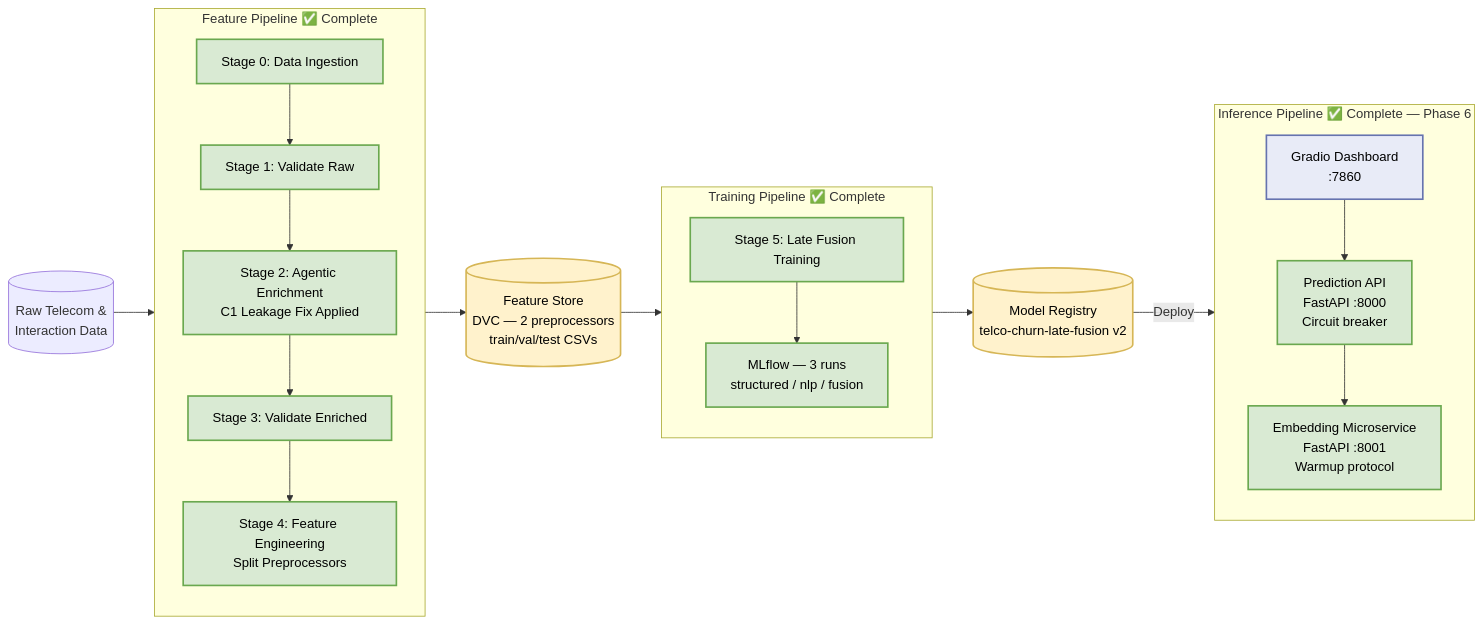
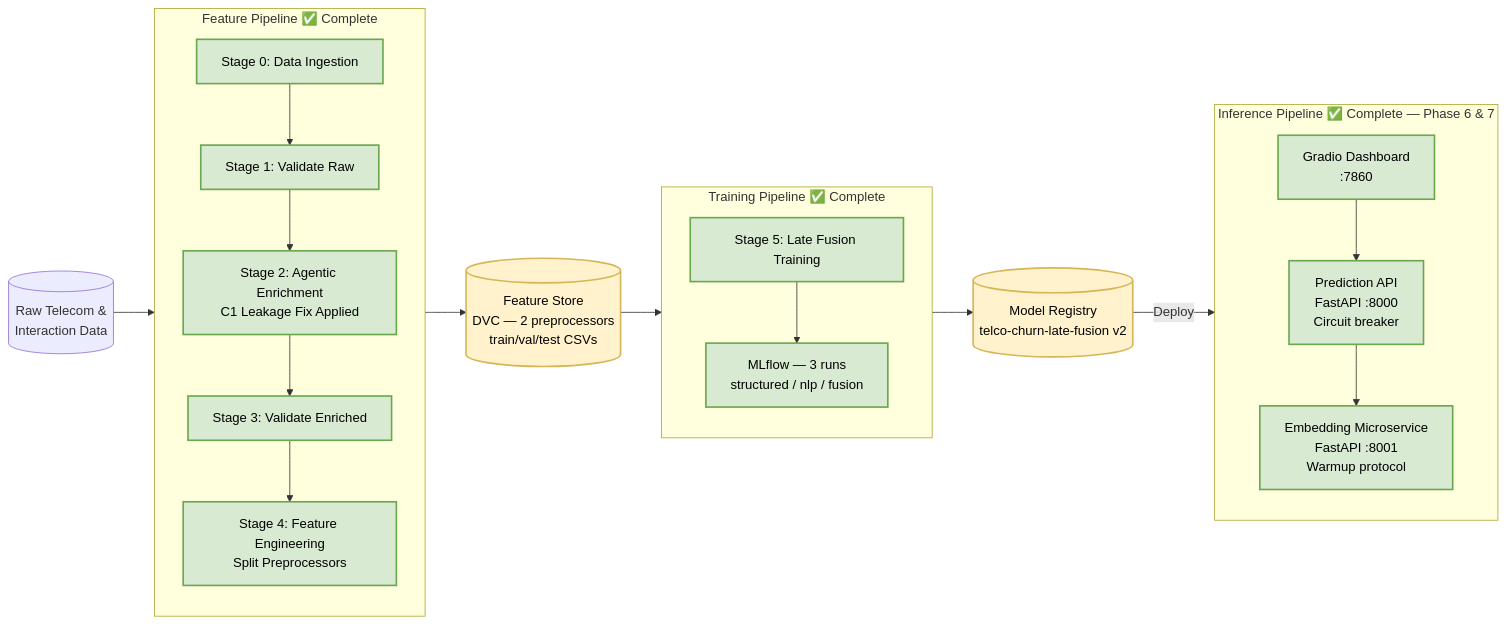
The second of 2 diagrams in reports/docs/architecture/architecture.md (SebastianGarrido2790/ai-ml-telecom-customer-churn), drawn with Mermaid before and after one commit. The commit also changed other lines of this file, not shown here.

Commit message:
docs: update architecture report detailing Gradio UI implementation

````diff
--- a/reports/docs/architecture/architecture.md
+++ b/reports/docs/architecture/architecture.md
@@ -126,43 +126,43 @@
 ```mermaid
 flowchart LR
     classDef done fill:#d9ead3,stroke:#6aa84f,stroke-width:2px,color:#000;
     classDef planned fill:#e8ebf7,stroke:#6673af,stroke-width:2px,color:#000;
     classDef registry fill:#fff2cc,stroke:#d6b656,stroke-width:2px,color:#000;
 
     RawData[(Raw Telecom &\nInteraction Data)]
 
     subgraph FP ["Feature Pipeline ✅ Complete"]
         direction TB
         S0[Stage 0: Data Ingestion]:::done
         S1[Stage 1: Validate Raw]:::done
         S2[Stage 2: Agentic Enrichment\nC1 Leakage Fix Applied]:::done
         S3[Stage 3: Validate Enriched]:::done
         S4[Stage 4: Feature Engineering\nSplit Preprocessors]:::done
         S0 --> S1 --> S2 --> S3 --> S4
     end
 
     FeatureStore[(Feature Store\nDVC — 2 preprocessors\ntrain/val/test CSVs)]:::registry
 
     subgraph TP ["Training Pipeline ✅ Complete"]
         direction TB
         S5[Stage 5: Late Fusion Training]:::done
         MLflowTracker[MLflow — 3 runs\nstructured / nlp / fusion]:::done
         S5 --> MLflowTracker
     end
 
     ModelRegistry[(Model Registry\ntelco-churn-late-fusion v2)]:::registry
 
-    subgraph IP ["Inference Pipeline ✅ Complete — Phase 6"]
+    subgraph IP ["Inference Pipeline ✅ Complete — Phase 6 & 7"]
         direction TB
         EmbedSvc[Embedding Microservice\nFastAPI :8001\nWarmup protocol]:::done
         PredAPI[Prediction API\nFastAPI :8000\nCircuit breaker]:::done
-        UX[Gradio Dashboard\n:7860]:::planned
+        UX[Gradio Dashboard\n:7860]:::done
         UX --> PredAPI --> EmbedSvc
     end
 
     RawData --> FP
     FP --> FeatureStore
     FeatureStore --> TP
     TP --> ModelRegistry
     ModelRegistry -->|Deploy| IP
 ```
````
